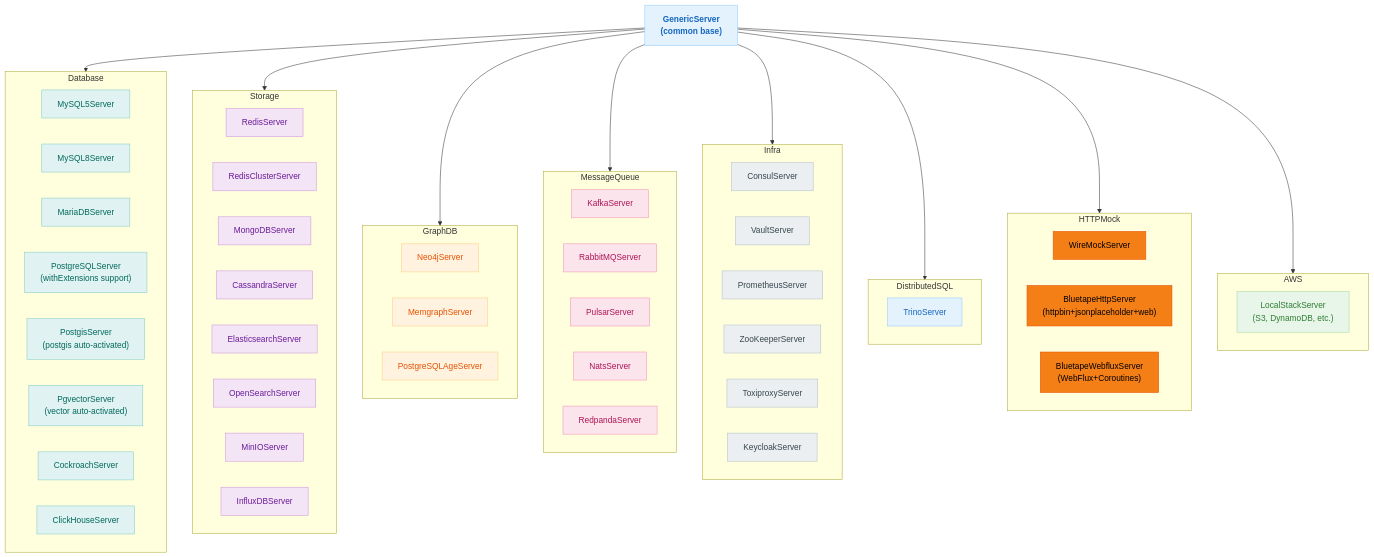
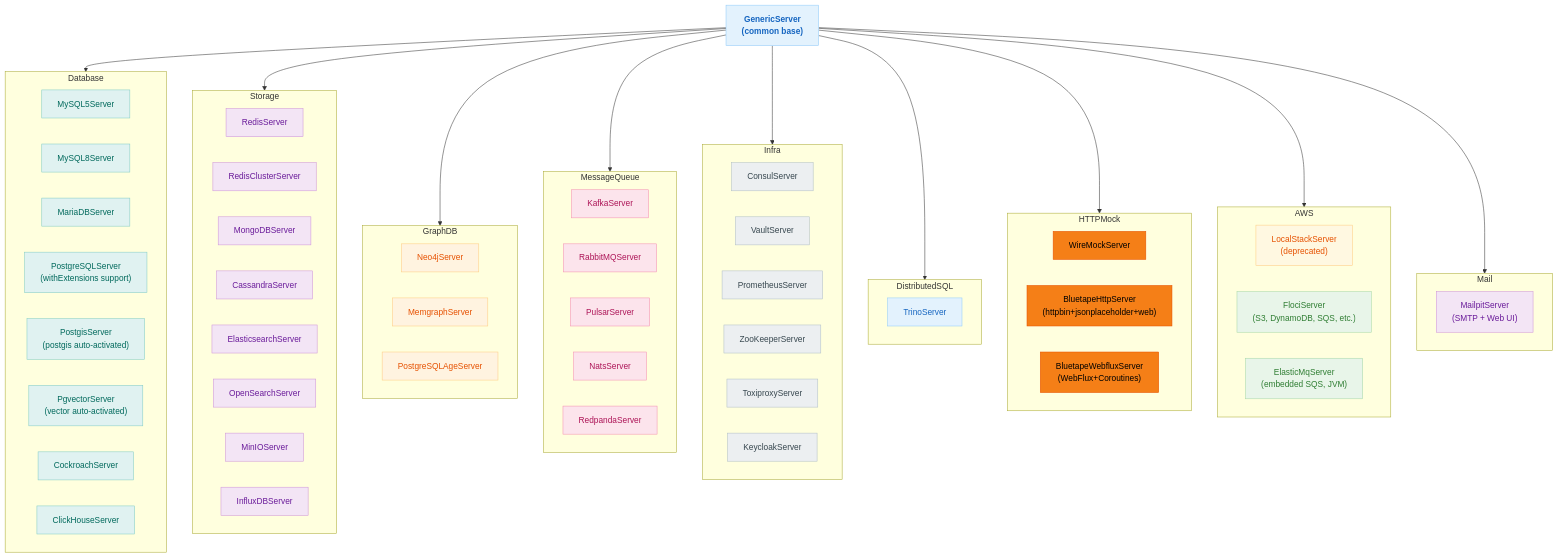
The third of 4 diagrams in testing/testcontainers/README.md (bluetape4k/bluetape4k-projects), drawn with Mermaid before and after one commit. The commit also changed other lines of this file and 34 other files, not shown here.

First line of the commit message:
feat: AwsEmulatorServer 공통 인터페이스 + FlociServer/ElasticMqServer/MailpitServer 추가 (#155)

````diff
--- a/testing/testcontainers/README.md
+++ b/testing/testcontainers/README.md
@@ -168,7 +199,13 @@
     end
 
     subgraph AWS
-        LS["LocalStackServer\n(S3, DynamoDB, etc.)"]
+        LS["LocalStackServer\n(deprecated)"]
+        FC["FlociServer\n(S3, DynamoDB, SQS, etc.)"]
+        EMQ["ElasticMqServer\n(embedded SQS, JVM)"]
+    end
+
+    subgraph Mail
+        MP["MailpitServer\n(SMTP + Web UI)"]
     end
 
     GS --> Database
@@ -179,6 +216,7 @@
     GS --> DistributedSQL
     GS --> HTTPMock
     GS --> AWS
+    GS --> Mail
 
     classDef baseStyle fill:#E3F2FD,stroke:#90CAF9,color:#1565C0,font-weight:bold
     classDef dbStyle fill:#E0F2F1,stroke:#80CBC4,color:#00695C
@@ -189,6 +227,8 @@
     classDef sqlStyle fill:#E3F2FD,stroke:#90CAF9,color:#1565C0
     classDef mockStyle fill:#F57F17,stroke:#E65100,color:#000000
     classDef awsStyle fill:#E8F5E9,stroke:#A5D6A7,color:#2E7D32
+    classDef deprecatedStyle fill:#FFF8E1,stroke:#FFCC80,color:#E65100
+    classDef mailStyle fill:#F3E5F5,stroke:#CE93D8,color:#6A1B9A
 
     class GS baseStyle
     class MY5,MY8,MA,PG,PGS,PGV,CR,CH dbStyle
@@ -198,5 +238,7 @@
     class CN,VT,PR,ZK,TX,KC infraStyle
     class TR sqlStyle
     class WM,BHS,BWS mockStyle
-    class LS awsStyle
+    class LS deprecatedStyle
+    class FC,EMQ awsStyle
+    class MP mailStyle
 ```
````
